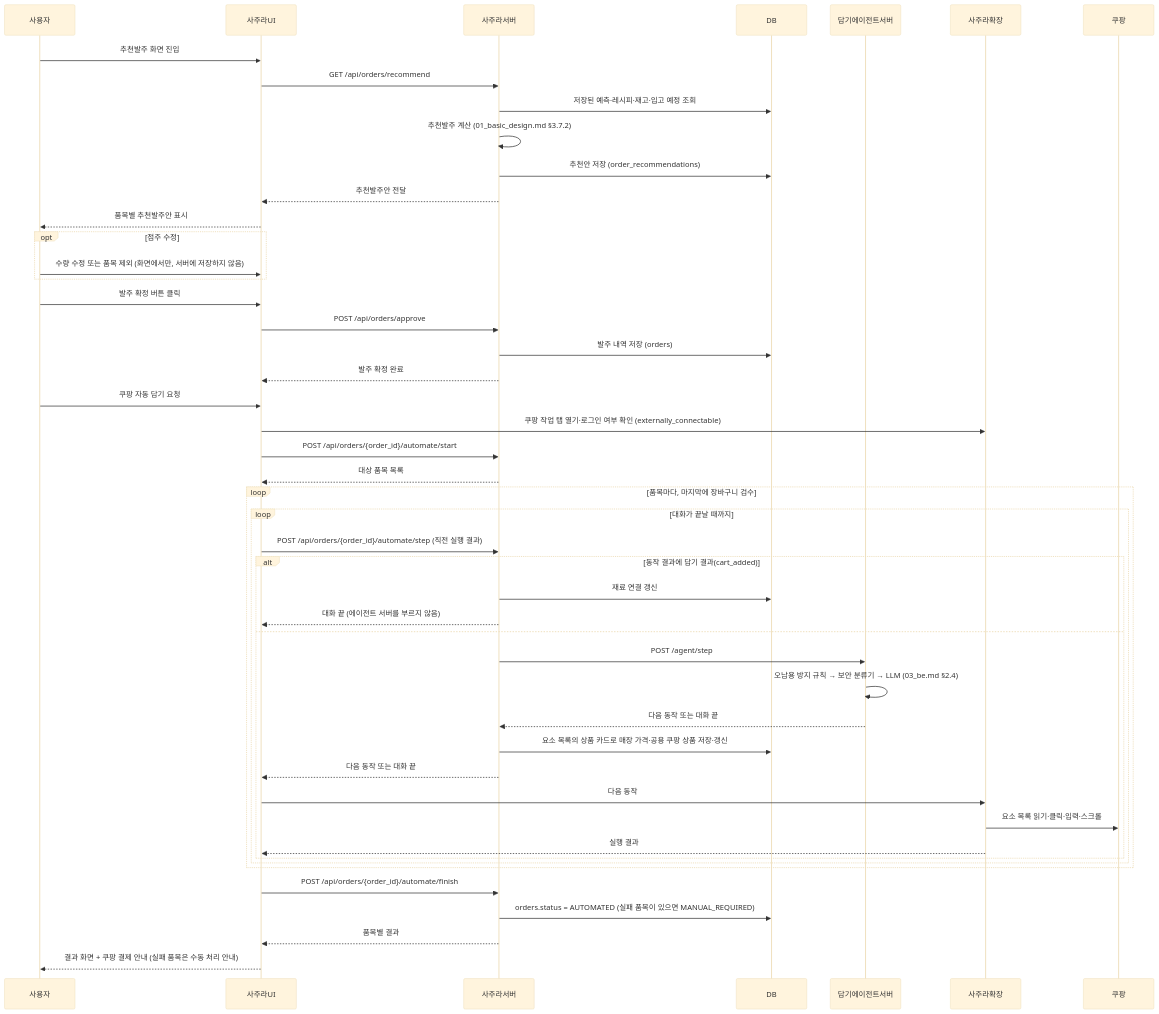
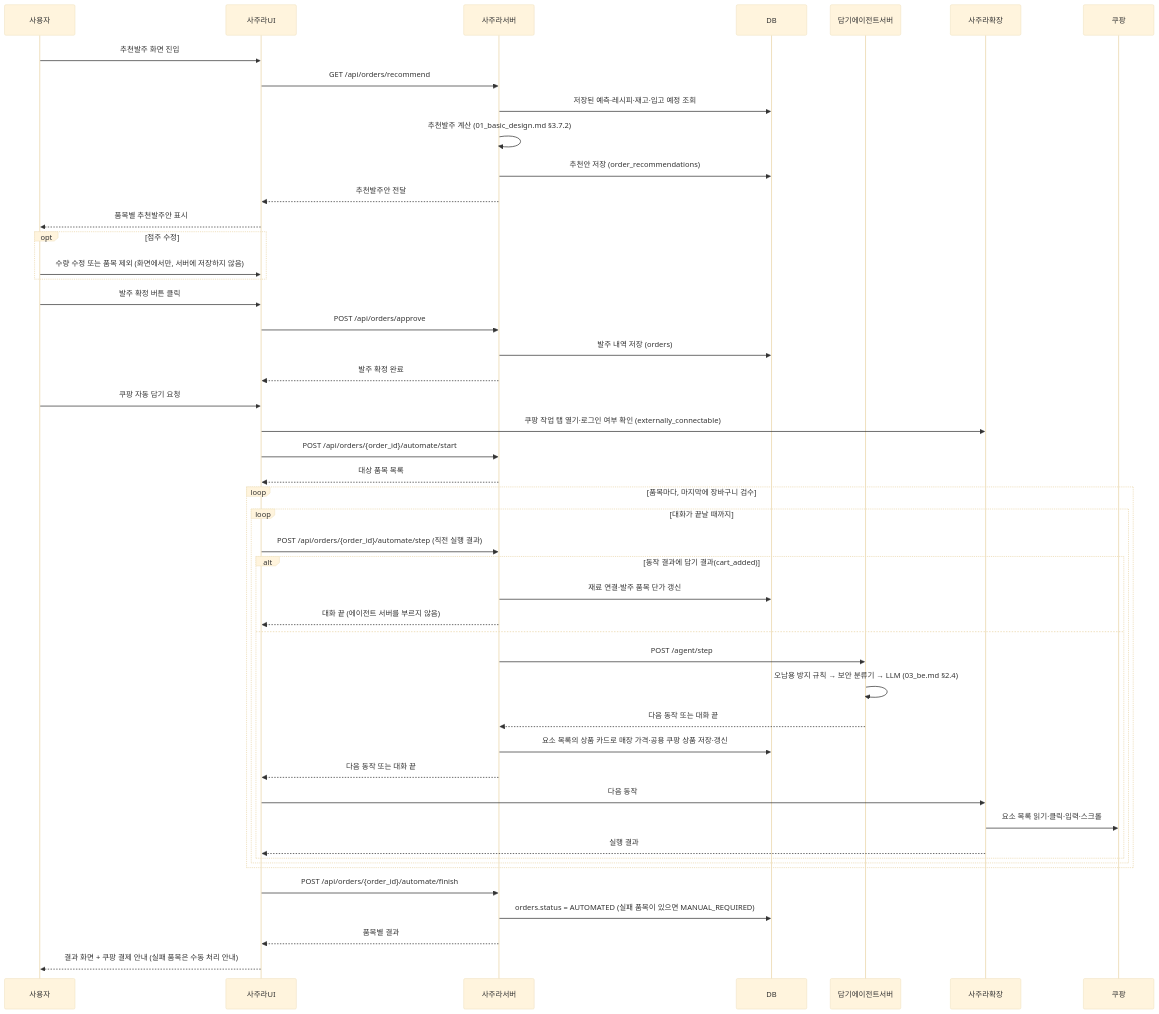
One commit to h-taek/CapstoneDesign-Sajura changed the third of 8 diagrams in docs/spec/02_implementation_design.md. Above: the diagram before and after it, drawn with Mermaid (base theme). The commit also changed other lines of this file and 4 other files, not shown here.

````diff
--- a/docs/spec/02_implementation_design.md
+++ b/docs/spec/02_implementation_design.md
@@ -293,56 +293,56 @@
 ```mermaid
 sequenceDiagram
     participant 사용자
     participant 사주라UI
     participant 사주라서버
     participant DB
     participant 에이전트 as 담기에이전트서버
     participant 확장 as 사주라확장
     participant 쿠팡
 
     사용자->>사주라UI: 추천발주 화면 진입
     사주라UI->>사주라서버: GET /api/orders/recommend
     사주라서버->>DB: 저장된 예측·레시피·재고·입고 예정 조회
     사주라서버->>사주라서버: 추천발주 계산 (01_basic_design.md §3.7.2)
     사주라서버->>DB: 추천안 저장 (order_recommendations)
     사주라서버-->>사주라UI: 추천발주안 전달
     사주라UI-->>사용자: 품목별 추천발주안 표시
 
     opt 점주 수정
         사용자->>사주라UI: 수량 수정 또는 품목 제외 (화면에서만, 서버에 저장하지 않음)
     end
 
     사용자->>사주라UI: 발주 확정 버튼 클릭
     사주라UI->>사주라서버: POST /api/orders/approve
     사주라서버->>DB: 발주 내역 저장 (orders)
     사주라서버-->>사주라UI: 발주 확정 완료
 
     사용자->>사주라UI: 쿠팡 자동 담기 요청
     사주라UI->>확장: 쿠팡 작업 탭 열기·로그인 여부 확인 (externally_connectable)
     사주라UI->>사주라서버: POST /api/orders/{order_id}/automate/start
     사주라서버-->>사주라UI: 대상 품목 목록
 
     loop 품목마다, 마지막에 장바구니 검수
         loop 대화가 끝날 때까지
             사주라UI->>사주라서버: POST /api/orders/{order_id}/automate/step (직전 실행 결과)
             alt 동작 결과에 담기 결과(cart_added)
-                사주라서버->>DB: 재료 연결 갱신
+                사주라서버->>DB: 재료 연결·발주 품목 단가 갱신
                 사주라서버-->>사주라UI: 대화 끝 (에이전트 서버를 부르지 않음)
             else
                 사주라서버->>에이전트: POST /agent/step
                 에이전트->>에이전트: 오남용 방지 규칙 → 보안 분류기 → LLM (03_be.md §2.4)
                 에이전트-->>사주라서버: 다음 동작 또는 대화 끝
                 사주라서버->>DB: 요소 목록의 상품 카드로 매장 가격·공용 쿠팡 상품 저장·갱신
                 사주라서버-->>사주라UI: 다음 동작 또는 대화 끝
                 사주라UI->>확장: 다음 동작
                 확장->>쿠팡: 요소 목록 읽기·클릭·입력·스크롤
                 확장-->>사주라UI: 실행 결과
             end
         end
     end
 
     사주라UI->>사주라서버: POST /api/orders/{order_id}/automate/finish
     사주라서버->>DB: orders.status = AUTOMATED (실패 품목이 있으면 MANUAL_REQUIRED)
     사주라서버-->>사주라UI: 품목별 결과
     사주라UI-->>사용자: 결과 화면 + 쿠팡 결제 안내 (실패 품목은 수동 처리 안내)
 ```
````
